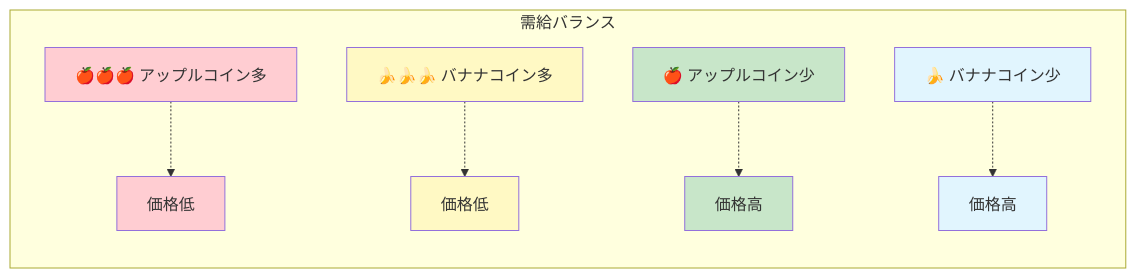
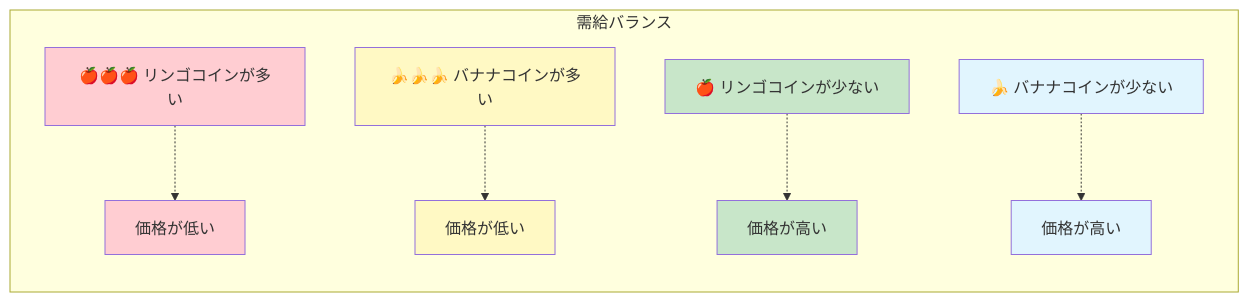
Before and after one commit to pinpetfun/pinpet-book: the fifth of 9 diagrams in doc/ja/AMM_Market_Making.md, drawn with Mermaid. The commit also changed other lines of this file and 54 other files, not shown here.

````diff
--- a/doc/ja/AMM_Market_Making.md
+++ b/doc/ja/AMM_Market_Making.md
@@ -176,18 +176,18 @@
 ```mermaid
 graph LR
     subgraph "需給バランス"
-        A[🍎🍎🍎 アップルコイン多] -.-> B[価格低]
-        C[🍌🍌🍌 バナナコイン多] -.-> D[価格低]
-        E[🍎 アップルコイン少] -.-> F[価格高]
-        G[🍌 バナナコイン少] -.-> H[価格高]
+        A[🍎🍎🍎 リンゴコインが多い] -.-> B[価格が低い]
+        C[🍌🍌🍌 バナナコインが多い] -.-> D[価格が低い]
+        E[🍎 リンゴコインが少ない] -.-> F[価格が高い]
+        G[🍌 バナナコインが少ない] -.-> H[価格が高い]
     end
 
     style A fill:#ffcdd2
     style B fill:#ffcdd2
     style C fill:#fff9c4
     style D fill:#fff9c4
     style E fill:#c8e6c9
     style F fill:#c8e6c9
     style G fill:#e1f5fe
     style H fill:#e1f5fe
 ```
````
